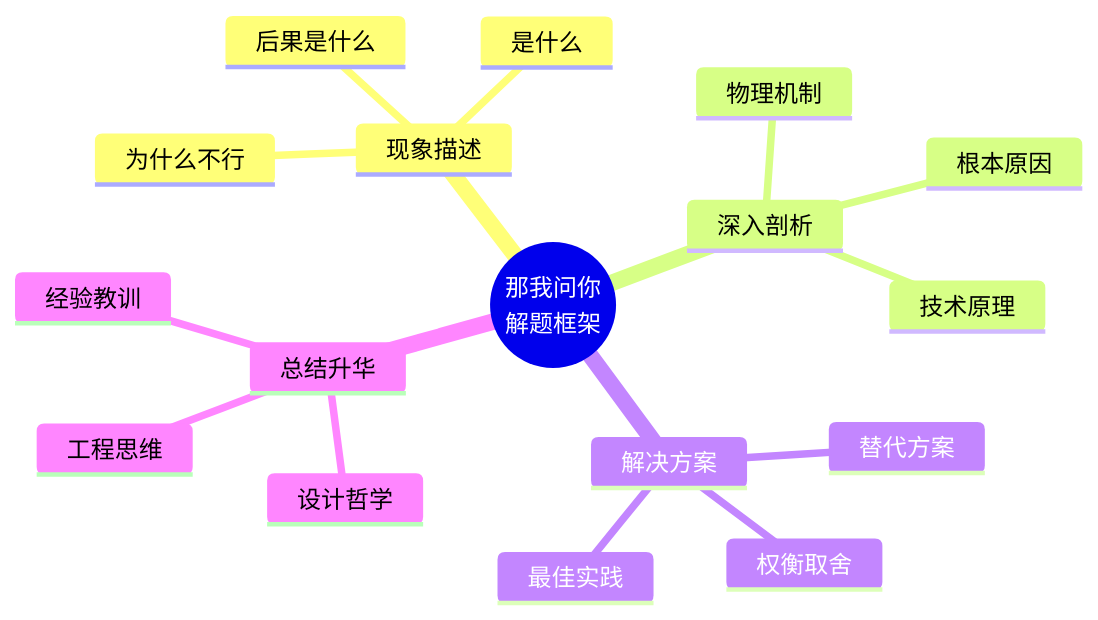
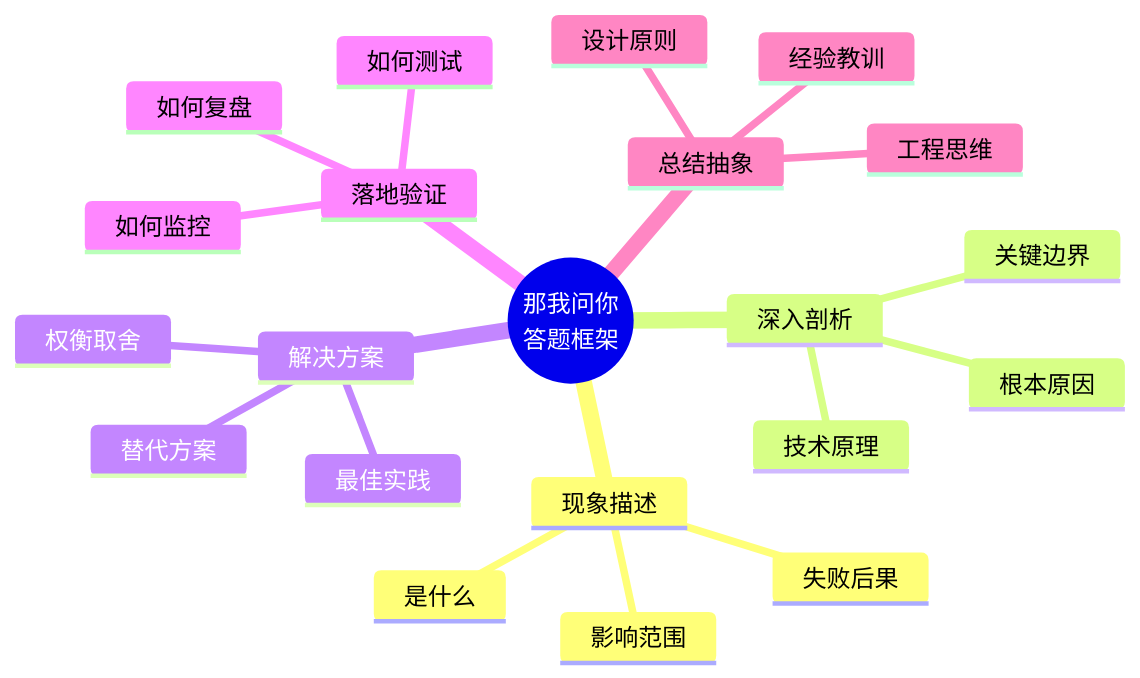
One commit to chengjp0825/doc_base_vitepress changed the diagram in docs/interview-questions/index.md. Above: the diagram before and after it, drawn with Mermaid. The commit also changed other lines of this file and 12 other files, not shown here.

````diff
--- a/docs/interview-questions/index.md
+++ b/docs/interview-questions/index.md
@@ -24,20 +65,24 @@
 ```mermaid
 mindmap
-  root((那我问你<br/>解题框架))
+  root((那我问你<br/>答题框架))
     现象描述
       是什么
-      为什么不行
-      后果是什么
+      影响范围
+      失败后果
     深入剖析
       根本原因
       技术原理
-      物理机制
+      关键边界
     解决方案
       最佳实践
       替代方案
       权衡取舍
-    总结升华
-      设计哲学
+    落地验证
+      如何测试
+      如何监控
+      如何复盘
+    总结抽象
+      设计原则
       工程思维
       经验教训
 ```
````
